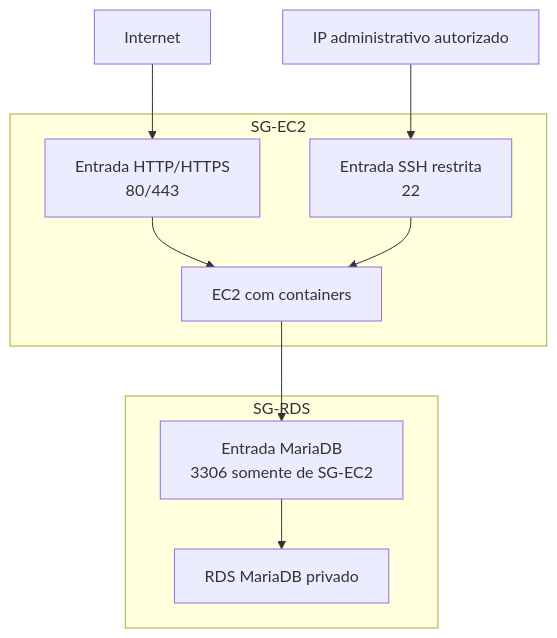
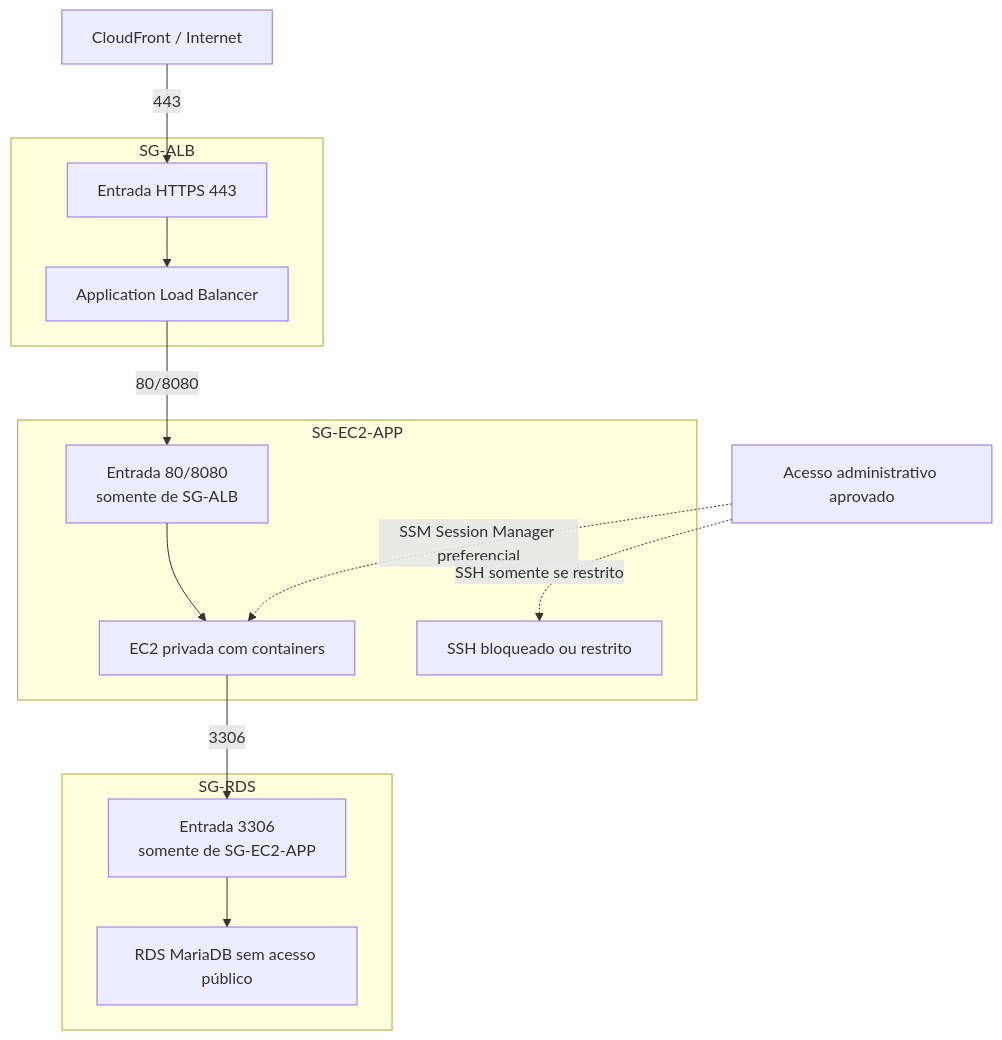
Before and after one commit to LuizPazdziora/mercantis-move2cloud: the third of 3 diagrams in docs/arquitetura/diagrama-aws-referencia.md, drawn with Mermaid. The commit also changed other lines of this file and 13 other files, not shown here.

Commit message:
Alinha documentacao AWS ao diagrama do MVP

````diff
--- a/docs/arquitetura/diagrama-aws-referencia.md
+++ b/docs/arquitetura/diagrama-aws-referencia.md
@@ -56,20 +96,27 @@
 ```mermaid
 flowchart TB
-    internet["Internet"]
-    admin["IP administrativo autorizado"]
+    edge["CloudFront / Internet"]
+    admin["Acesso administrativo aprovado"]
 
-    subgraph sgEc2["SG-EC2"]
-        http["Entrada HTTP/HTTPS\n80/443"]
-        ssh["Entrada SSH restrita\n22"]
-        ec2["EC2 com containers"]
+    subgraph sgAlb["SG-ALB"]
+        albRule["Entrada HTTPS 443"]
+        alb["Application Load Balancer"]
+    end
+
+    subgraph sgApp["SG-EC2-APP"]
+        appRule["Entrada 80/8080\nsomente de SG-ALB"]
+        sshRule["SSH bloqueado ou restrito"]
+        ec2["EC2 privada com containers"]
     end
 
     subgraph sgRds["SG-RDS"]
-        mariadb["Entrada MariaDB\n3306 somente de SG-EC2"]
-        rds["RDS MariaDB privado"]
+        dbRule["Entrada 3306\nsomente de SG-EC2-APP"]
+        rds["RDS MariaDB sem acesso público"]
     end
 
-    internet --> http --> ec2
-    admin --> ssh --> ec2
-    ec2 --> mariadb --> rds
+    edge -->|"443"| albRule --> alb
+    alb -->|"80/8080"| appRule --> ec2
+    admin -. "SSM Session Manager preferencial" .-> ec2
+    admin -. "SSH somente se restrito" .-> sshRule
+    ec2 -->|"3306"| dbRule --> rds
 ```
````
